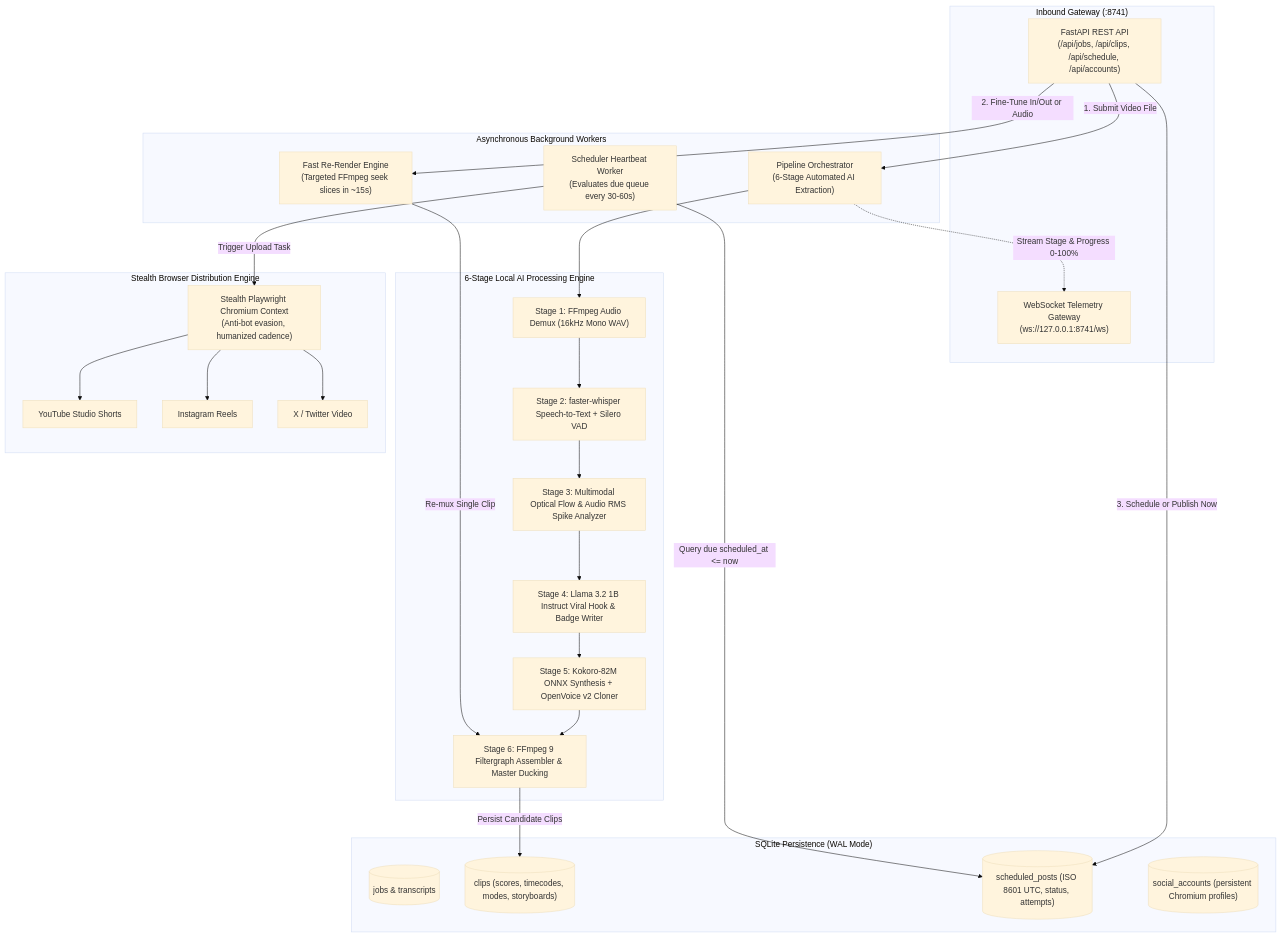
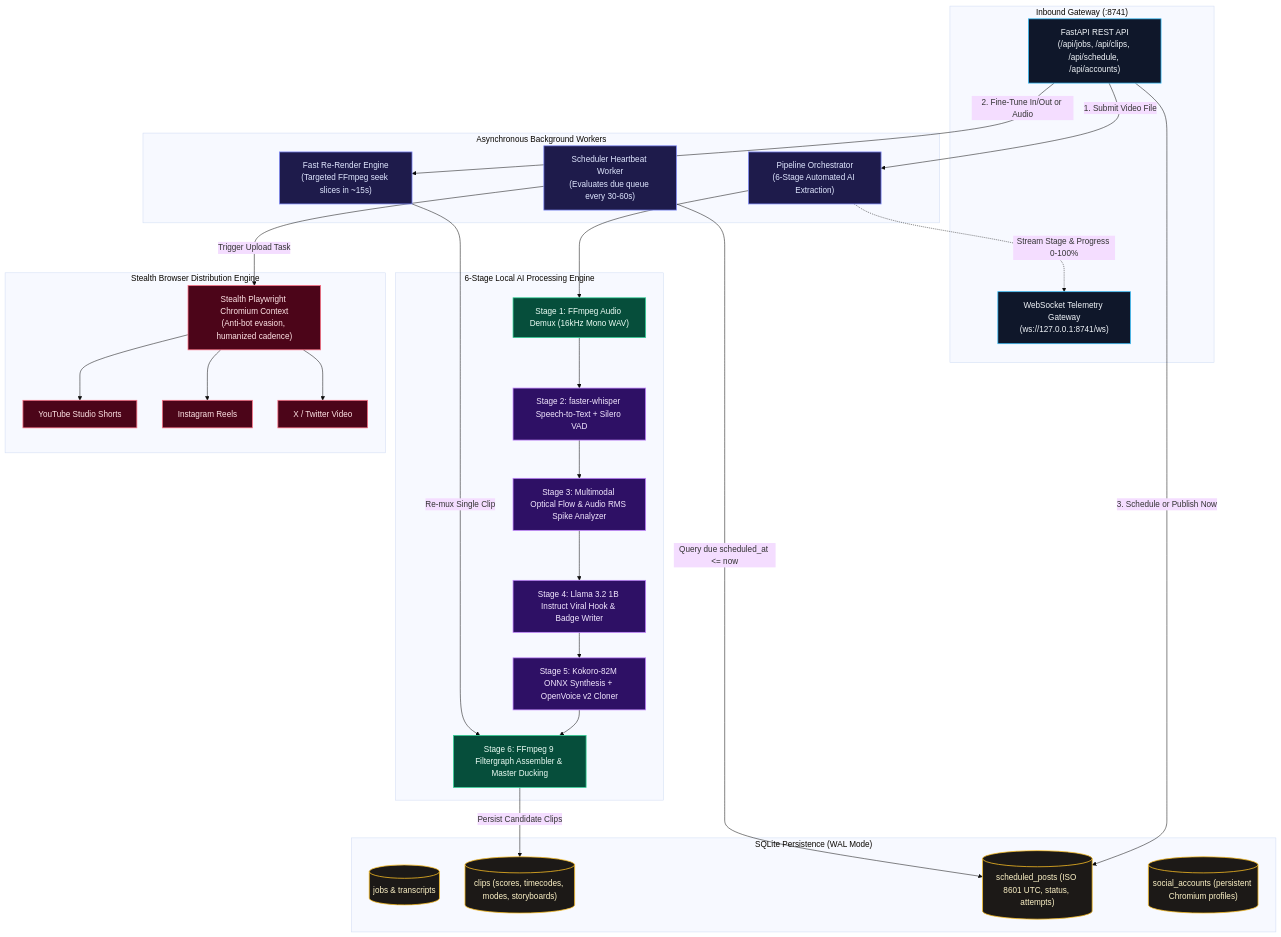
The second of 9 diagrams in README.md (DivyamJoshi2005/Alfred), drawn with Mermaid (base theme) before and after one commit. The commit also changed other lines of this file and 1 other file, not shown here.

Commit message:
docs: add minimal, vibrant slate & neon accent styling to all Mermaid architecture diagrams

````diff
--- a/README.md
+++ b/README.md
@@ -121,51 +128,58 @@
 ```mermaid
 flowchart TD
+    classDef gateway fill:#0f172a,stroke:#38bdf8,stroke-width:1.5px,color:#f1f5f9;
+    classDef worker fill:#1e1b4b,stroke:#818cf8,stroke-width:1.5px,color:#e0e7ff;
+    classDef ai fill:#2e1065,stroke:#c084fc,stroke-width:1.5px,color:#f3e8ff;
+    classDef media fill:#064e3b,stroke:#34d399,stroke-width:1.5px,color:#ecfdf5;
+    classDef db fill:#1c1917,stroke:#fbbf24,stroke-width:1.5px,color:#fef3c7;
+    classDef social fill:#4c0519,stroke:#fb7185,stroke-width:1.5px,color:#ffe4e6;
+
     subgraph Inbound ["Inbound Gateway (:8741)"]
-        HTTP["FastAPI REST API\n(/api/jobs, /api/clips, /api/schedule, /api/accounts)"]
-        WS["WebSocket Telemetry Gateway\n(ws://127.0.0.1:8741/ws)"]
+        HTTP["FastAPI REST API\n(/api/jobs, /api/clips, /api/schedule, /api/accounts)"]:::gateway
+        WS["WebSocket Telemetry Gateway\n(ws://127.0.0.1:8741/ws)"]:::gateway
     end
 
     subgraph Workers ["Asynchronous Background Workers"]
-        Orchestrator["Pipeline Orchestrator\n(6-Stage Automated AI Extraction)"]
-        ReRenderer["Fast Re-Render Engine\n(Targeted FFmpeg seek slices in ~15s)"]
-        Dispatcher["Scheduler Heartbeat Worker\n(Evaluates due queue every 30-60s)"]
+        Orchestrator["Pipeline Orchestrator\n(6-Stage Automated AI Extraction)"]:::worker
+        ReRenderer["Fast Re-Render Engine\n(Targeted FFmpeg seek slices in ~15s)"]:::worker
+        Dispatcher["Scheduler Heartbeat Worker\n(Evaluates due queue every 30-60s)"]:::worker
     end
 
     subgraph PipelineStages ["6-Stage Local AI Processing Engine"]
-        S1["Stage 1: FFmpeg Audio Demux (16kHz Mono WAV)"]
-        S2["Stage 2: faster-whisper Speech-to-Text + Silero VAD"]
-        S3["Stage 3: Multimodal Optical Flow & Audio RMS Spike Analyzer"]
-        S4["Stage 4: Llama 3.2 1B Instruct Viral Hook & Badge Writer"]
-        S5["Stage 5: Kokoro-82M ONNX Synthesis + OpenVoice v2 Cloner"]
-        S6["Stage 6: FFmpeg 9 Filtergraph Assembler & Master Ducking"]
+        S1["Stage 1: FFmpeg Audio Demux (16kHz Mono WAV)"]:::media
+        S2["Stage 2: faster-whisper Speech-to-Text + Silero VAD"]:::ai
+        S3["Stage 3: Multimodal Optical Flow & Audio RMS Spike Analyzer"]:::ai
+        S4["Stage 4: Llama 3.2 1B Instruct Viral Hook & Badge Writer"]:::ai
+        S5["Stage 5: Kokoro-82M ONNX Synthesis + OpenVoice v2 Cloner"]:::ai
+        S6["Stage 6: FFmpeg 9 Filtergraph Assembler & Master Ducking"]:::media
     end
 
     subgraph Storage ["SQLite Persistence (WAL Mode)"]
-        T_Jobs[("jobs & transcripts")]
-        T_Clips[("clips (scores, timecodes, modes, storyboards)")]
-        T_Schedule[("scheduled_posts (ISO 8601 UTC, status, attempts)")]
-        T_Accounts[("social_accounts (persistent Chromium profiles)")]
+        T_Jobs[("jobs & transcripts")]:::db
+        T_Clips[("clips (scores, timecodes, modes, storyboards)")]:::db
+        T_Schedule[("scheduled_posts (ISO 8601 UTC, status, attempts)")]:::db
+        T_Accounts[("social_accounts (persistent Chromium profiles)")]:::db
     end
 
     subgraph DistributionEngine ["Stealth Browser Distribution Engine"]
-        Playwright["Stealth Playwright Chromium Context\n(Anti-bot evasion, humanized cadence)"]
-        YouTube["YouTube Studio Shorts"]
-        Instagram["Instagram Reels"]
-        Twitter["X / Twitter Video"]
+        Playwright["Stealth Playwright Chromium Context\n(Anti-bot evasion, humanized cadence)"]:::social
+        YouTube["YouTube Studio Shorts"]:::social
+        Instagram["Instagram Reels"]:::social
+        Twitter["X / Twitter Video"]:::social
     end
 
     HTTP -->|1. Submit Video File| Orchestrator
     HTTP -->|2. Fine-Tune In/Out or Audio| ReRenderer
     HTTP -->|3. Schedule or Publish Now| T_Schedule
 
     Orchestrator --> S1 --> S2 --> S3 --> S4 --> S5 --> S6
     S6 -->|Persist Candidate Clips| T_Clips
     ReRenderer -->|Re-mux Single Clip| S6
 
     Orchestrator -.->|Stream Stage & Progress 0-100%| WS
     Dispatcher -->|Query due scheduled_at <= now| T_Schedule
     Dispatcher -->|Trigger Upload Task| Playwright
     Playwright --> YouTube
     Playwright --> Instagram
     Playwright --> Twitter
 ```
````
